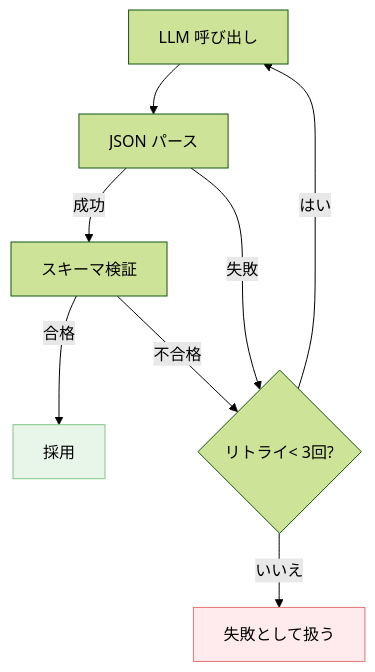
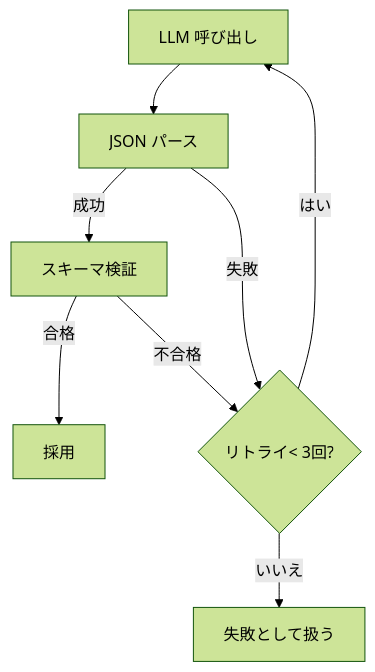
The second of 2 diagrams in docs/techniques/llm-から構造化-json-を確実に取り出す.md (dinekt/dinekt-wiki), drawn with Mermaid (forest theme) before and after one commit. The commit also changed other lines of this file and 70 other files, not shown here.

First line of the commit message:
fix(mermaid): strip all inline styling, rely on theme

````diff
--- a/docs/techniques/llm-から構造化-json-を確実に取り出す.md
+++ b/docs/techniques/llm-から構造化-json-を確実に取り出す.md
@@ -99,13 +96,11 @@
 ```mermaid
 flowchart TD
     R[LLM 呼び出し] --> P[JSON パース]
     P -->|成功| V[スキーマ検証]
     P -->|失敗| T{リトライ< 3回?}
     V -->|合格| OK[採用]
     V -->|不合格| T
     T -->|はい| R
     T -->|いいえ| F[失敗として扱う]
 
-    style OK fill:#e8f5e9,stroke:#81c784,color:#000
-    style F fill:#ffebee,stroke:#e57373,color:#000
 ```
````
